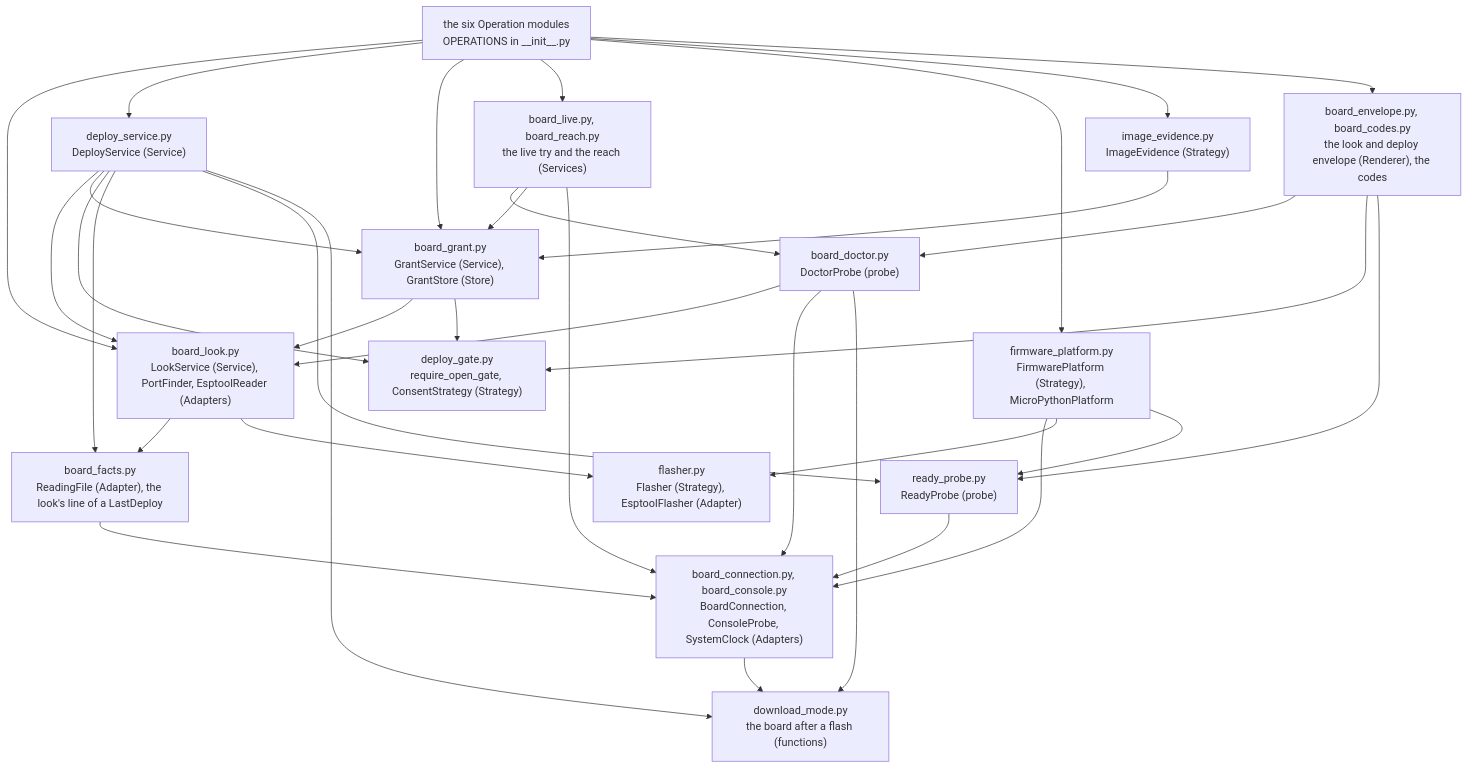
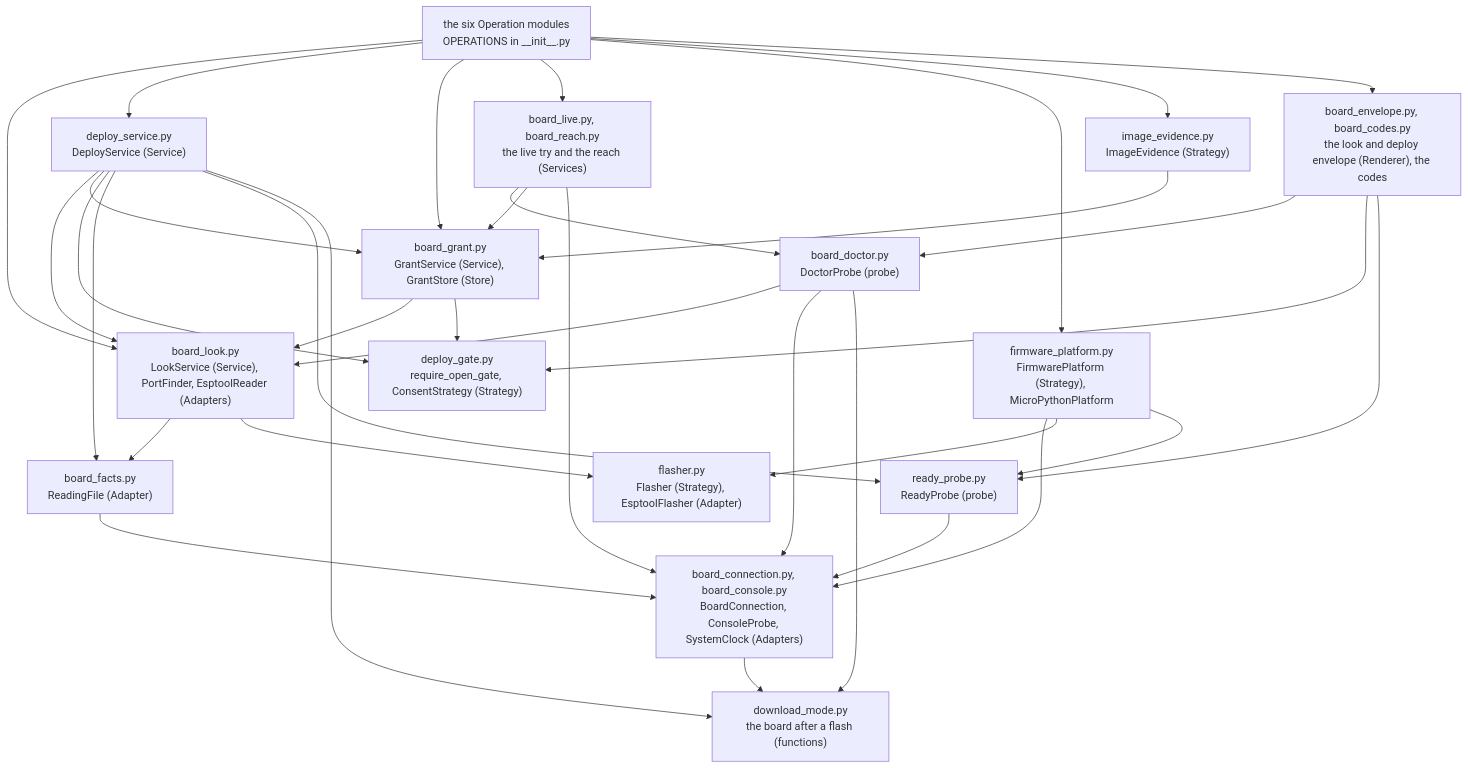
Before and after one commit to xmejkal/spark: the first of 3 diagrams in docs/discovery/2026-10-19-p323-target-architecture/architecture/areas/bench.md, drawn with Mermaid. The commit also changed other lines of this file and 9 other files, not shown here.

````diff
--- a/docs/discovery/2026-10-19-p323-target-architecture/architecture/areas/bench.md
+++ b/docs/discovery/2026-10-19-p323-target-architecture/architecture/areas/bench.md
@@ -34,37 +34,37 @@
 ```mermaid
 flowchart TB
   OPS["the six Operation modules<br/>OPERATIONS in __init__.py"]
   OPS --> LOOK["board_look.py<br/>LookService (Service), PortFinder, EsptoolReader (Adapters)"]
   OPS --> DEP["deploy_service.py<br/>DeployService (Service)"]
   OPS --> GRANT["board_grant.py<br/>GrantService (Service), GrantStore (Store)"]
   OPS --> LIVE["board_live.py, board_reach.py<br/>the live try and the reach (Services)"]
   OPS --> PLAT["firmware_platform.py<br/>FirmwarePlatform (Strategy), MicroPythonPlatform"]
   OPS --> EV["image_evidence.py<br/>ImageEvidence (Strategy)"]
   OPS --> ENV["board_envelope.py, board_codes.py<br/>the look and deploy envelope (Renderer), the codes"]
   DEP --> LOOK
   DEP --> GRANT
   DEP --> GATE["deploy_gate.py<br/>require_open_gate, ConsentStrategy (Strategy)"]
-  DEP --> FACTS["board_facts.py<br/>ReadingFile (Adapter), the look's line of a LastDeploy"]
+  DEP --> FACTS["board_facts.py<br/>ReadingFile (Adapter)"]
   DEP --> READY["ready_probe.py<br/>ReadyProbe (probe)"]
   DEP --> DM["download_mode.py<br/>the board after a flash (functions)"]
   GRANT --> LOOK
   GRANT --> GATE
   LIVE --> DOC["board_doctor.py<br/>DoctorProbe (probe)"]
   LIVE --> GRANT
   LIVE --> CONN["board_connection.py, board_console.py<br/>BoardConnection, ConsoleProbe, SystemClock (Adapters)"]
   DOC --> LOOK
   DOC --> CONN
   DOC --> DM
   ENV --> DOC
   ENV --> GATE
   ENV --> READY
   LOOK --> FACTS
   LOOK --> FL["flasher.py<br/>Flasher (Strategy), EsptoolFlasher (Adapter)"]
   PLAT --> CONN
   PLAT --> FL
   PLAT --> READY
   EV --> GRANT
   READY --> CONN
   FACTS --> CONN
   CONN --> DM
 ```
````
